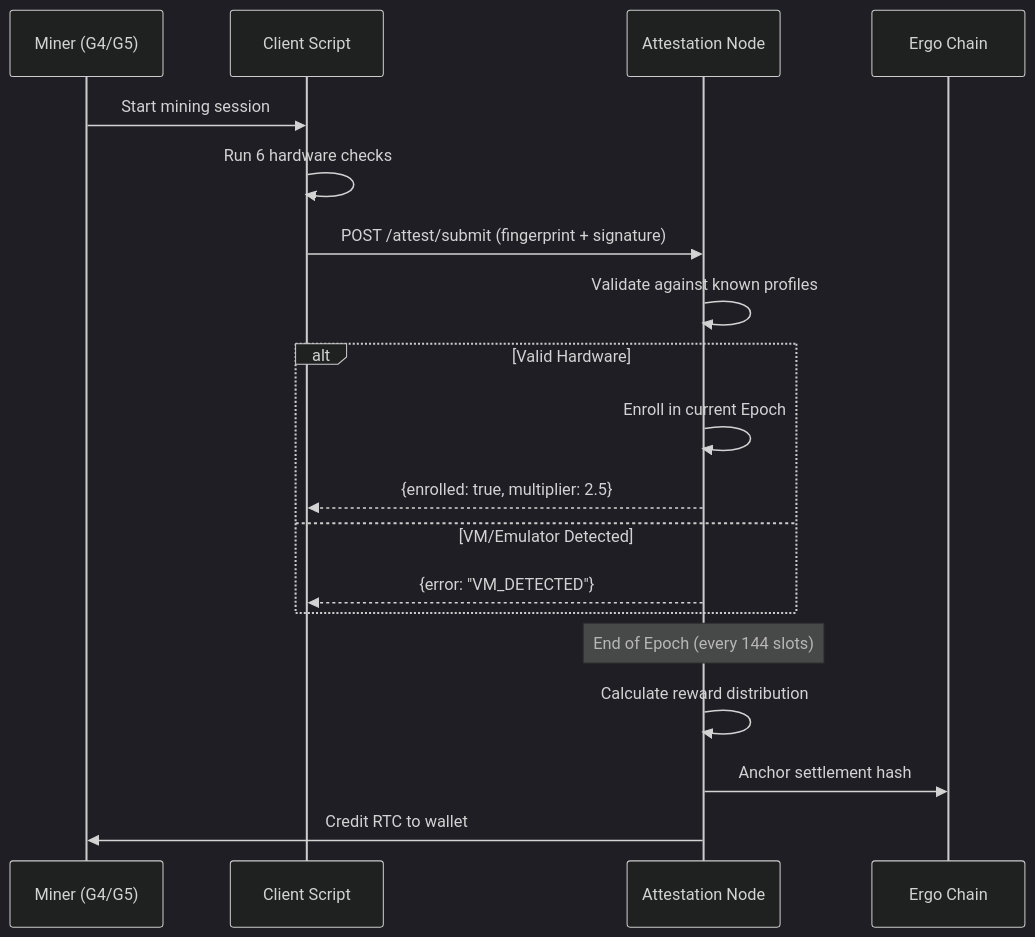
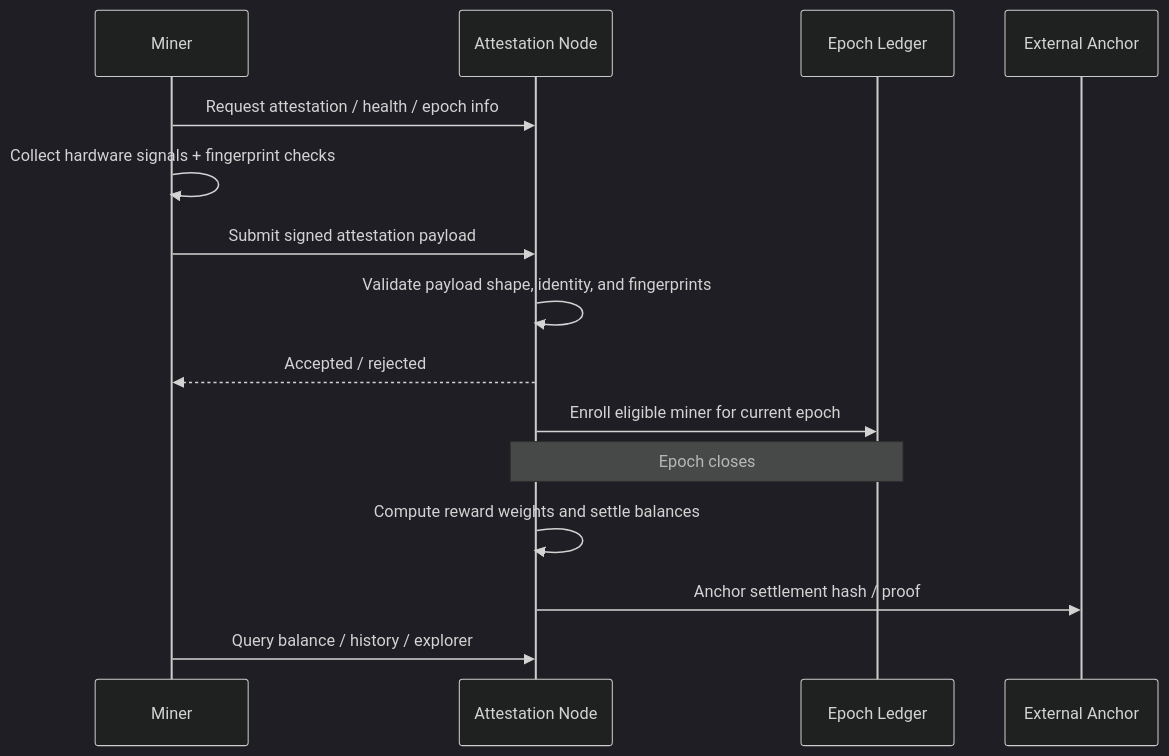
One commit to Scottcjn/Rustchain changed the first of 2 diagrams in docs/PROTOCOL.md. Above: the diagram before and after it, drawn with Mermaid (dark theme). The commit also changed other lines of this file, not shown here.

````diff
--- a/docs/PROTOCOL.md
+++ b/docs/PROTOCOL.md
@@ -13,23 +37,19 @@
 ```mermaid
 sequenceDiagram
-    participant M as Miner (G4/G5)
-    participant C as Client Script
-    participant N as Attestation Node
-    participant E as Ergo Chain
+    participant Miner as Miner
+    participant Node as Attestation Node
+    participant Epoch as Epoch Ledger
+    participant Ergo as External Anchor
 
-    M->>C: Start mining session
-    C->>C: Run 6 hardware checks
-    C->>N: POST /attest/submit (fingerprint + signature)
-    N->>N: Validate against known profiles
-    alt Valid Hardware
-        N->>N: Enroll in current Epoch
-        N-->>C: {enrolled: true, multiplier: 2.5}
-    else VM/Emulator Detected
-        N-->>C: {error: "VM_DETECTED"}
-    end
-    
-    Note over N: End of Epoch (every 144 slots)
-    N->>N: Calculate reward distribution
-    N->>E: Anchor settlement hash
-    N->>M: Credit RTC to wallet
+    Miner->>Node: Request attestation / health / epoch info
+    Miner->>Miner: Collect hardware signals + fingerprint checks
+    Miner->>Node: Submit signed attestation payload
+    Node->>Node: Validate payload shape, identity, and fingerprints
+    Node-->>Miner: Accepted / rejected
+    Node->>Epoch: Enroll eligible miner for current epoch
+
+    Note over Node,Epoch: Epoch closes
+    Node->>Node: Compute reward weights and settle balances
+    Node->>Ergo: Anchor settlement hash / proof
+    Miner->>Node: Query balance / history / explorer
 ```
````
